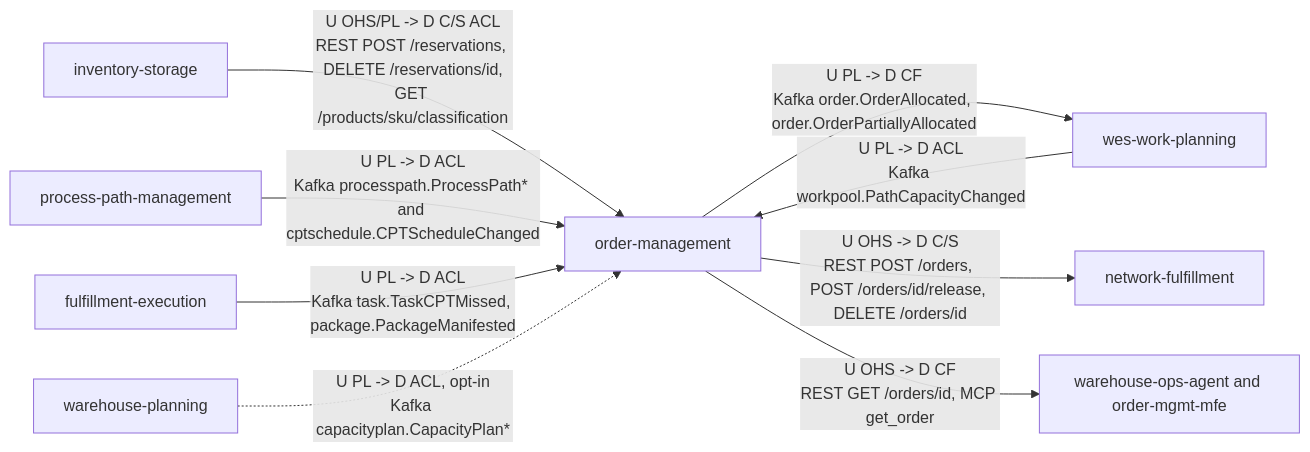
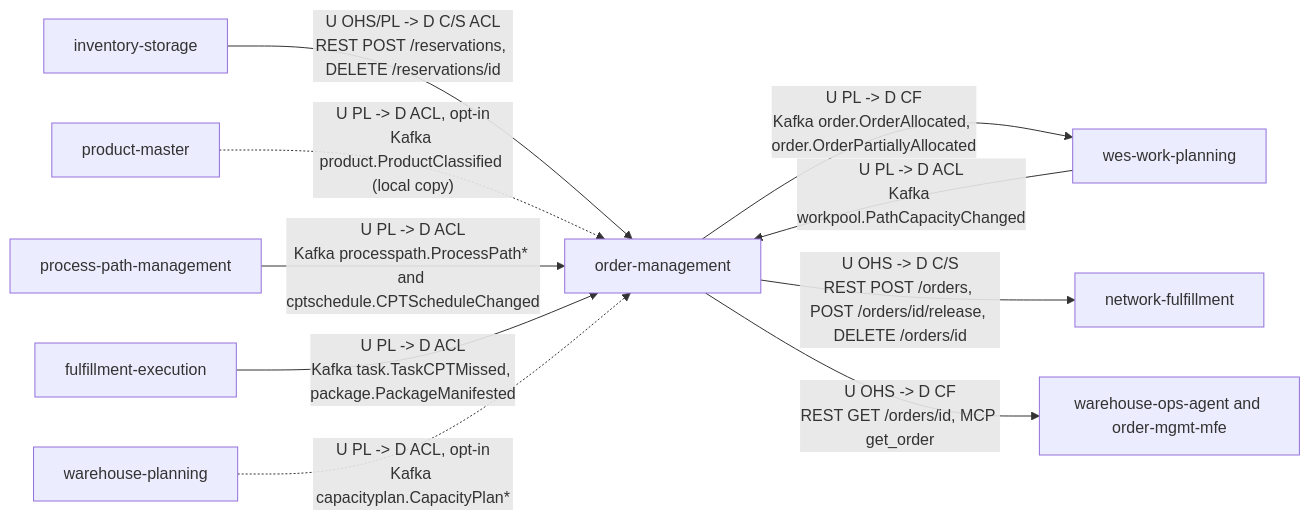
The second of 2 diagrams in docs/contexts/order-management/context-map.md (IQVO/warehouse-docs), drawn with Mermaid before and after one commit. The commit also changed other lines of this file and 118 other files, not shown here.

````diff
--- a/docs/contexts/order-management/context-map.md
+++ b/docs/contexts/order-management/context-map.md
@@ -77,20 +80,22 @@
 ```mermaid
 flowchart LR
   INV["inventory-storage"]
+  PM["product-master"]
   PPM["process-path-management"]
   WP["wes-work-planning"]
   FE["fulfillment-execution"]
   WPL["warehouse-planning"]
   OM["order-management"]
   NF["network-fulfillment"]
   CON["warehouse-ops-agent and order-mgmt-mfe"]
 
-  INV -->|"U OHS/PL -> D C/S ACL<br/>REST POST /reservations, DELETE /reservations/id,<br/>GET /products/sku/classification"| OM
+  INV -->|"U OHS/PL -> D C/S ACL<br/>REST POST /reservations, DELETE /reservations/id"| OM
+  PM -.->|"U PL -> D ACL, opt-in<br/>Kafka product.ProductClassified (local copy)"| OM
   PPM -->|"U PL -> D ACL<br/>Kafka processpath.ProcessPath* and cptschedule.CPTScheduleChanged"| OM
   WP -->|"U PL -> D ACL<br/>Kafka workpool.PathCapacityChanged"| OM
   FE -->|"U PL -> D ACL<br/>Kafka task.TaskCPTMissed, package.PackageManifested"| OM
   WPL -.->|"U PL -> D ACL, opt-in<br/>Kafka capacityplan.CapacityPlan*"| OM
   OM -->|"U PL -> D CF<br/>Kafka order.OrderAllocated, order.OrderPartiallyAllocated"| WP
   OM -->|"U OHS -> D C/S<br/>REST POST /orders, POST /orders/id/release, DELETE /orders/id"| NF
   OM -->|"U OHS -> D CF<br/>REST GET /orders/id, MCP get_order"| CON
 ```
````
